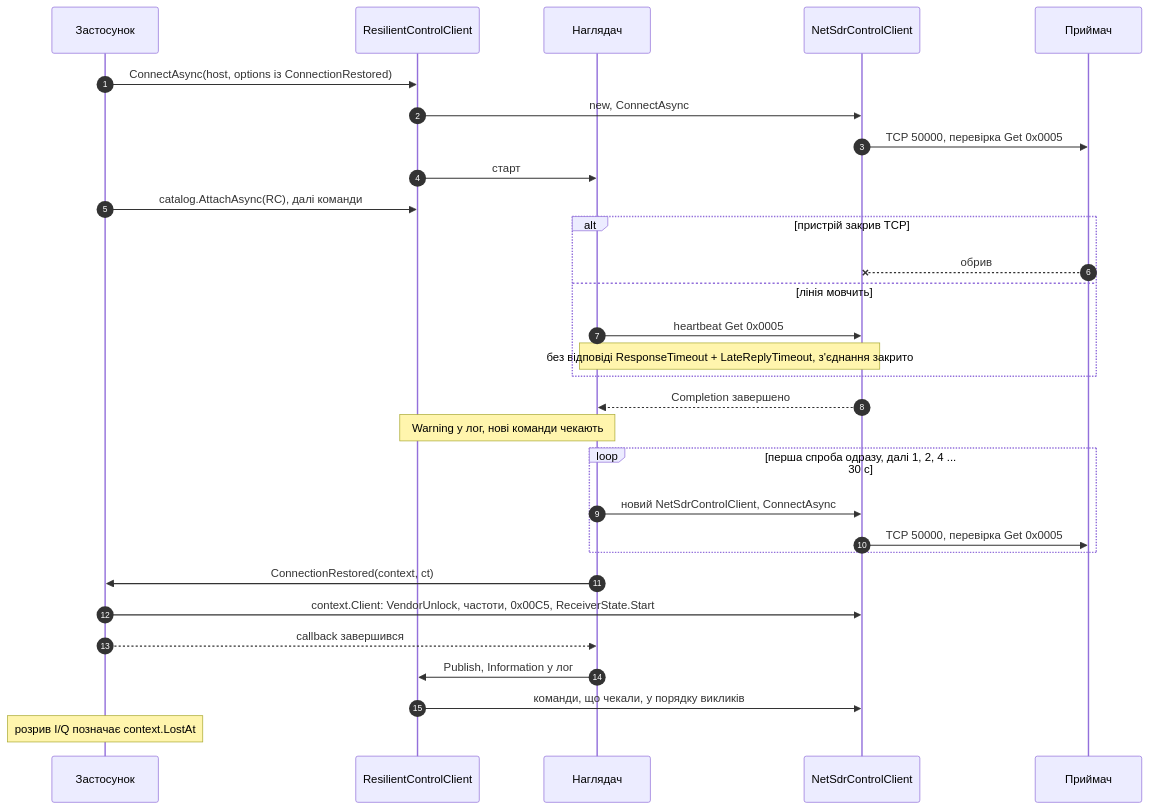
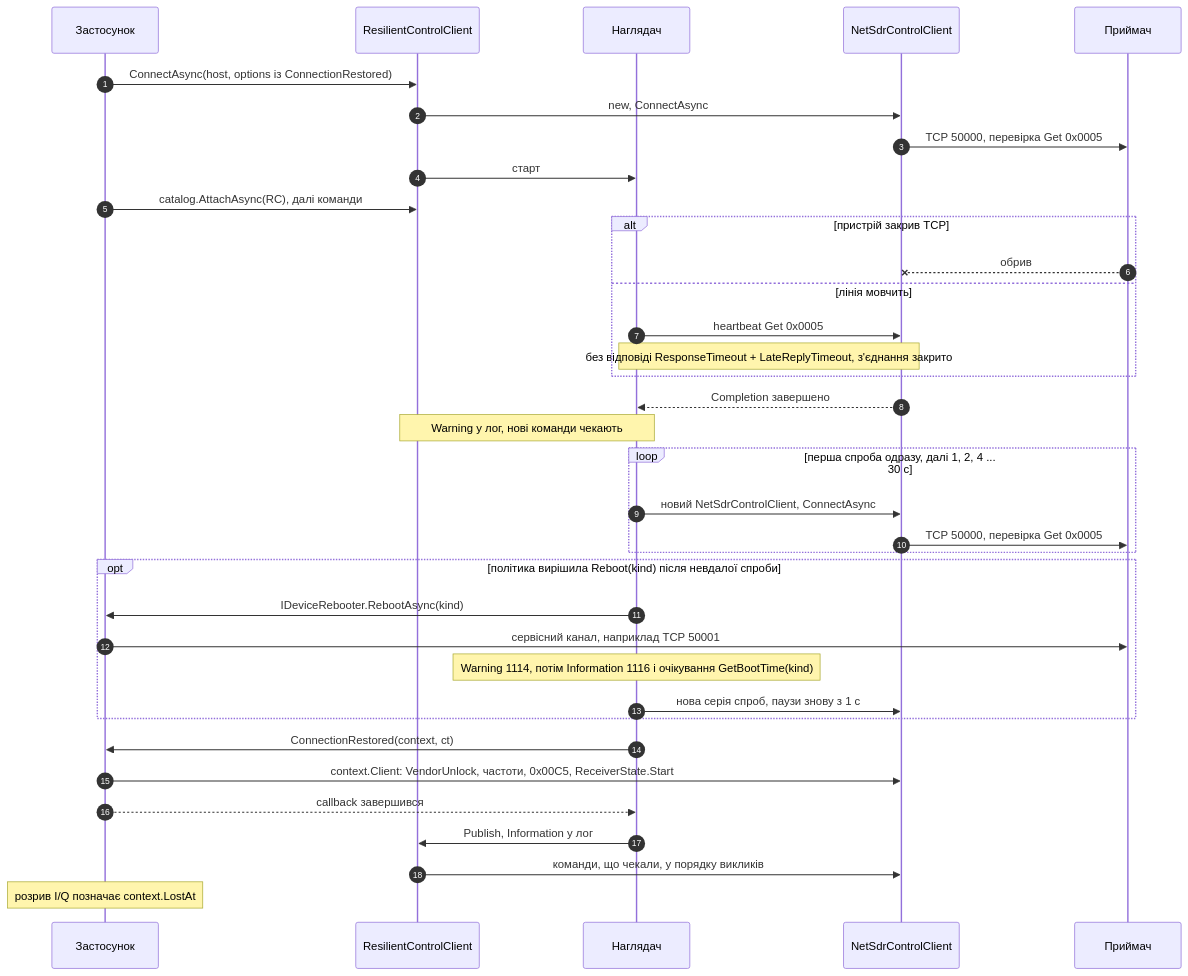
The seventh of 7 diagrams in docs/architecture.md (vadimart92/NetSdrClient), drawn with Mermaid before and after one commit. The commit also changed other lines of this file and 3 other files, not shown here.

Commit message:
docs: ConnectAttempts and reboots in the XML docs, architecture diagrams and the spec status

````diff
--- a/docs/architecture.md
+++ b/docs/architecture.md
@@ -316,33 +324,39 @@
 ```mermaid
 sequenceDiagram
     autonumber
     participant App as Застосунок
     participant RC as ResilientControlClient
     participant Sup as Наглядач
     participant CC as NetSdrControlClient
     participant Rx as Приймач
 
     App->>RC: ConnectAsync(host, options із ConnectionRestored)
     RC->>CC: new, ConnectAsync
     CC->>Rx: TCP 50000, перевірка Get 0x0005
     RC->>Sup: старт
     App->>RC: catalog.AttachAsync(RC), далі команди
     alt пристрій закрив TCP
         Rx--xCC: обрив
     else лінія мовчить
         Sup->>CC: heartbeat Get 0x0005
         Note over Sup,CC: без відповіді ResponseTimeout + LateReplyTimeout, з'єднання закрито
     end
     CC-->>Sup: Completion завершено
     Note over RC,Sup: Warning у лог, нові команди чекають
     loop перша спроба одразу, далі 1, 2, 4 ... 30 с
         Sup->>CC: новий NetSdrControlClient, ConnectAsync
         CC->>Rx: TCP 50000, перевірка Get 0x0005
     end
+    opt політика вирішила Reboot(kind) після невдалої спроби
+        Sup->>App: IDeviceRebooter.RebootAsync(kind)
+        App->>Rx: сервісний канал, наприклад TCP 50001
+        Note over Sup: Warning 1114, потім Information 1116 і очікування GetBootTime(kind)
+        Sup->>CC: нова серія спроб, паузи знову з 1 с
+    end
     Sup->>App: ConnectionRestored(context, ct)
     App->>CC: context.Client: VendorUnlock, частоти, 0x00C5, ReceiverState.Start
     App-->>Sup: callback завершився
     Sup->>RC: Publish, Information у лог
     RC->>CC: команди, що чекали, у порядку викликів
     Note over App: розрив I/Q позначає context.LostAt
 ```
````
